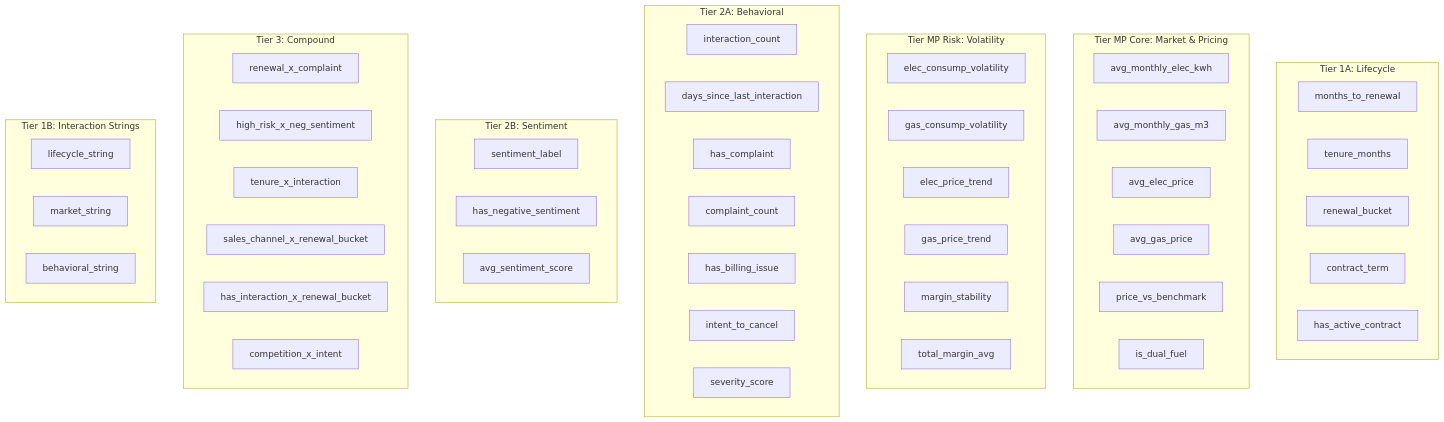
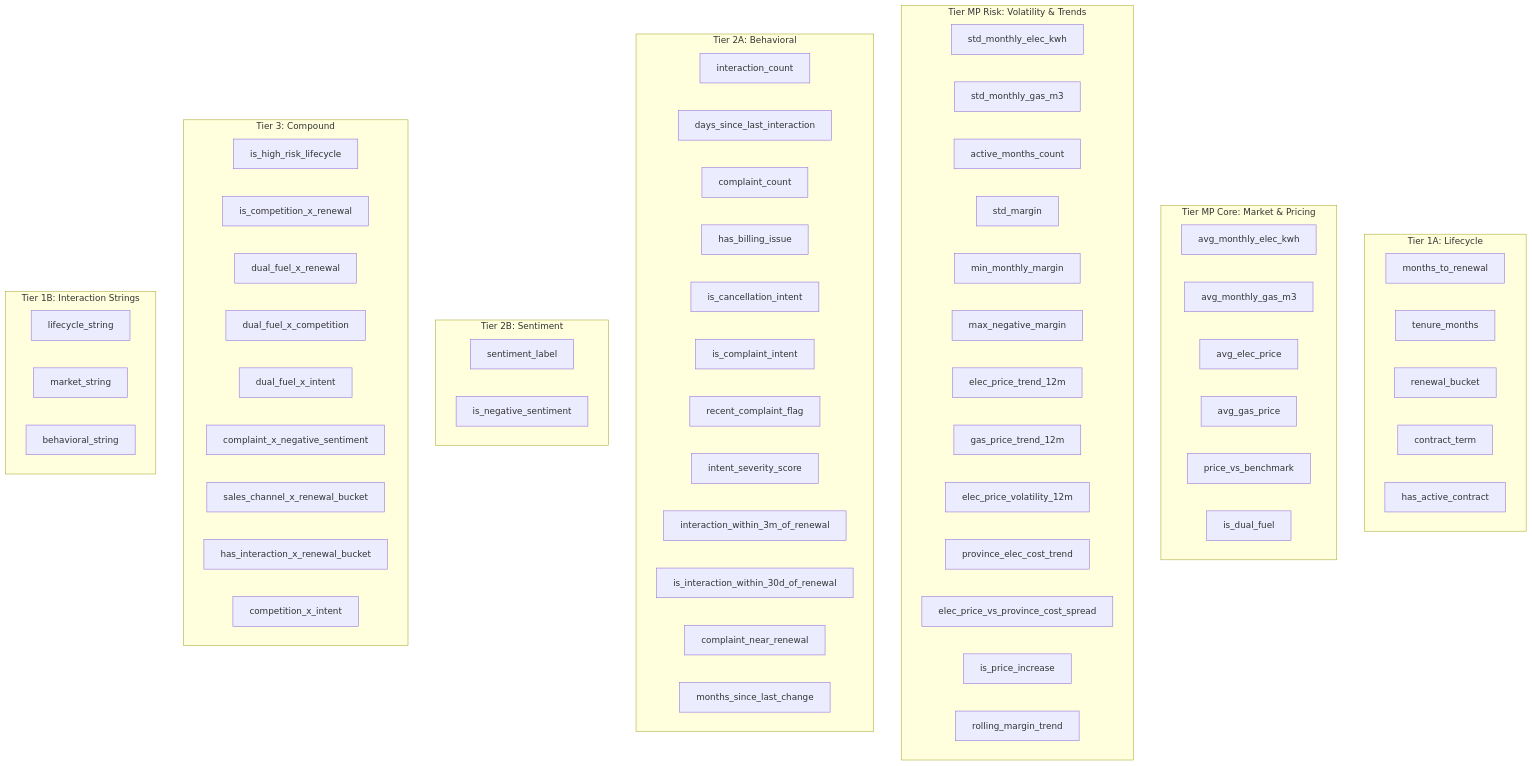
One commit to rawad-yared/bcgx-spanishgas-g1 changed the third of 8 diagrams in README.md. Above: the diagram before and after it, drawn with Mermaid. The commit also changed other lines of this file and 2 other files, not shown here.

Commit message:
Update docs with session 13 NLP enrichment results (PR-AUC 0.751)

````diff
--- a/README.md
+++ b/README.md
@@ -165,66 +165,80 @@
 ```mermaid
 graph TB
     subgraph T1A["Tier 1A: Lifecycle"]
         direction LR
         L1["months_to_renewal"]
         L2["tenure_months"]
         L3["renewal_bucket"]
         L4["contract_term"]
         L5["has_active_contract"]
     end
 
     subgraph TMP_CORE["Tier MP Core: Market & Pricing"]
         direction LR
         M1["avg_monthly_elec_kwh"]
         M2["avg_monthly_gas_m3"]
         M3["avg_elec_price"]
         M4["avg_gas_price"]
         M5["price_vs_benchmark"]
         M6["is_dual_fuel"]
     end
 
-    subgraph TMP_RISK["Tier MP Risk: Volatility"]
+    subgraph TMP_RISK["Tier MP Risk: Volatility & Trends"]
         direction LR
-        R1["elec_consump_volatility"]
-        R2["gas_consump_volatility"]
-        R3["elec_price_trend"]
-        R4["gas_price_trend"]
-        R5["margin_stability"]
-        R6["total_margin_avg"]
+        R1["std_monthly_elec_kwh"]
+        R2["std_monthly_gas_m3"]
+        R3["active_months_count"]
+        R4["std_margin"]
+        R5["min_monthly_margin"]
+        R6["max_negative_margin"]
+        R7["elec_price_trend_12m"]
+        R8["gas_price_trend_12m"]
+        R9["elec_price_volatility_12m"]
+        R10["province_elec_cost_trend"]
+        R11["elec_price_vs_province_cost_spread"]
+        R12["is_price_increase"]
+        R13["rolling_margin_trend"]
     end
 
     subgraph T2A["Tier 2A: Behavioral"]
         direction LR
         B1["interaction_count"]
         B2["days_since_last_interaction"]
-        B3["has_complaint"]
-        B4["complaint_count"]
-        B5["has_billing_issue"]
-        B6["intent_to_cancel"]
-        B7["severity_score"]
+        B3["complaint_count"]
+        B4["has_billing_issue"]
+        B5["is_cancellation_intent"]
+        B6["is_complaint_intent"]
+        B7["recent_complaint_flag"]
+        B8["intent_severity_score"]
+        B9["interaction_within_3m_of_renewal"]
+        B10["is_interaction_within_30d_of_renewal"]
+        B11["complaint_near_renewal"]
+        B12["months_since_last_change"]
     end
 
     subgraph T2B["Tier 2B: Sentiment"]
         direction LR
         S1["sentiment_label"]
-        S2["has_negative_sentiment"]
-        S3["avg_sentiment_score"]
+        S2["is_negative_sentiment"]
     end
 
     subgraph T3["Tier 3: Compound"]
         direction LR
-        C1["renewal_x_complaint"]
-        C2["high_risk_x_neg_sentiment"]
-        C3["tenure_x_interaction"]
-        C4["sales_channel_x_renewal_bucket"]
-        C5["has_interaction_x_renewal_bucket"]
-        C6["competition_x_intent"]
+        C1["is_high_risk_lifecycle"]
+        C2["is_competition_x_renewal"]
+        C3["dual_fuel_x_renewal"]
+        C4["dual_fuel_x_competition"]
+        C5["dual_fuel_x_intent"]
+        C6["complaint_x_negative_sentiment"]
+        C7["sales_channel_x_renewal_bucket"]
+        C8["has_interaction_x_renewal_bucket"]
+        C9["competition_x_intent"]
     end
 
     subgraph T1B["Tier 1B: Interaction Strings"]
         direction LR
         IS1["lifecycle_string"]
         IS2["market_string"]
         IS3["behavioral_string"]
     end
 ```
````
